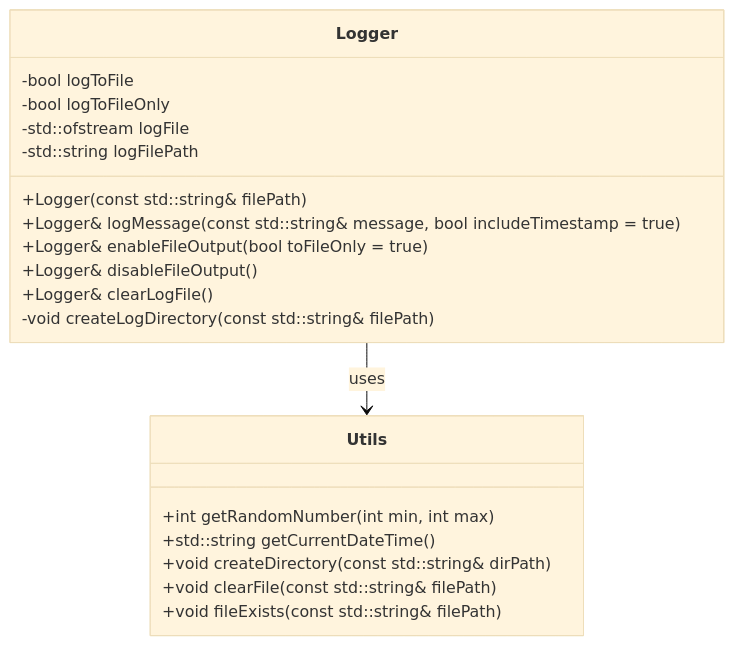
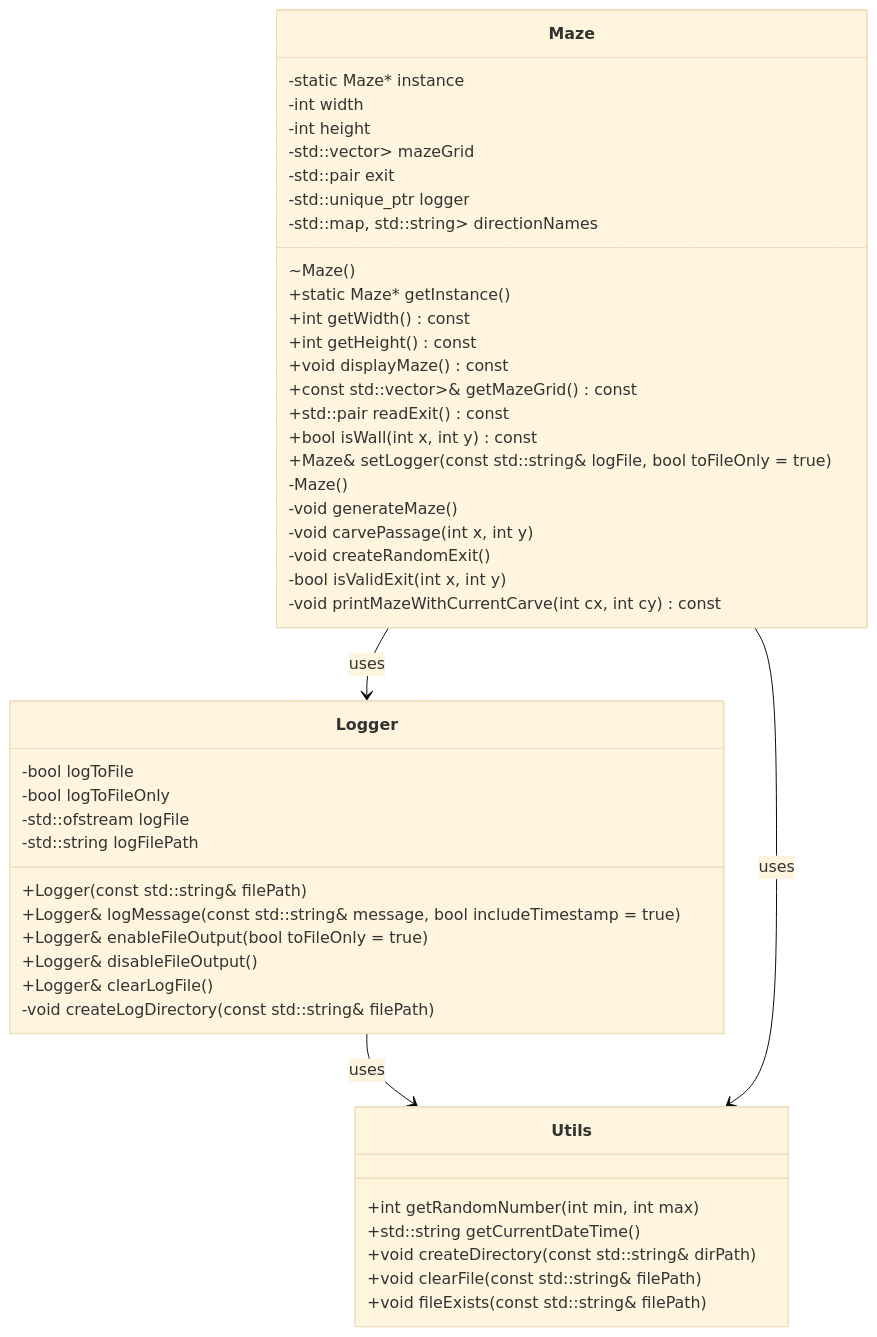
One commit to Gl0dny/micromouse-simulator changed the diagram in README.md. Above: the diagram before and after it, drawn with Mermaid (base theme).

Commit message:
class diagram - mermaid format - maze added

````diff
--- a/README.md
+++ b/README.md
@@ -106,26 +106,54 @@
 ```mermaid
 classDiagram
     class Utils {
         +int getRandomNumber(int min, int max)
         +std::string getCurrentDateTime()
         +void createDirectory(const std::string& dirPath)
         +void clearFile(const std::string& filePath)
         +void fileExists(const std::string& filePath)
     }
 
     class Logger {
         -bool logToFile
         -bool logToFileOnly
         -std::ofstream logFile
         -std::string logFilePath
         +Logger(const std::string& filePath)
         +Logger& logMessage(const std::string& message, bool includeTimestamp = true)
         +Logger& enableFileOutput(bool toFileOnly = true)
         +Logger& disableFileOutput()
         +Logger& clearLogFile()
         -void createLogDirectory(const std::string& filePath)
     }
 
+    class Maze {
+        -static Maze* instance
+        -int width
+        -int height
+        -std::vector<std::vector<int>> mazeGrid
+        -std::pair<int, int> exit
+        -std::unique_ptr<Logger> logger
+        -std::map<std::pair<int, int>, std::string> directionNames
+        ~Maze()
+        +static Maze* getInstance()
+        +int getWidth() const
+        +int getHeight() const
+        +void displayMaze() const
+        +const std::vector<std::vector<int>>& getMazeGrid() const
+        +std::pair<int, int> readExit() const
+        +bool isWall(int x, int y) const
+        +Maze& setLogger(const std::string& logFile, bool toFileOnly = true)
+        -Maze()
+        -void generateMaze()
+        -void carvePassage(int x, int y)
+        -void createRandomExit()
+        -bool isValidExit(int x, int y)
+        -void printMazeWithCurrentCarve(int cx, int cy) const
+    }
+
     Logger --> Utils : uses
+    Maze --> Logger : uses
+    Maze --> Utils : uses
+
 
 ```
````
